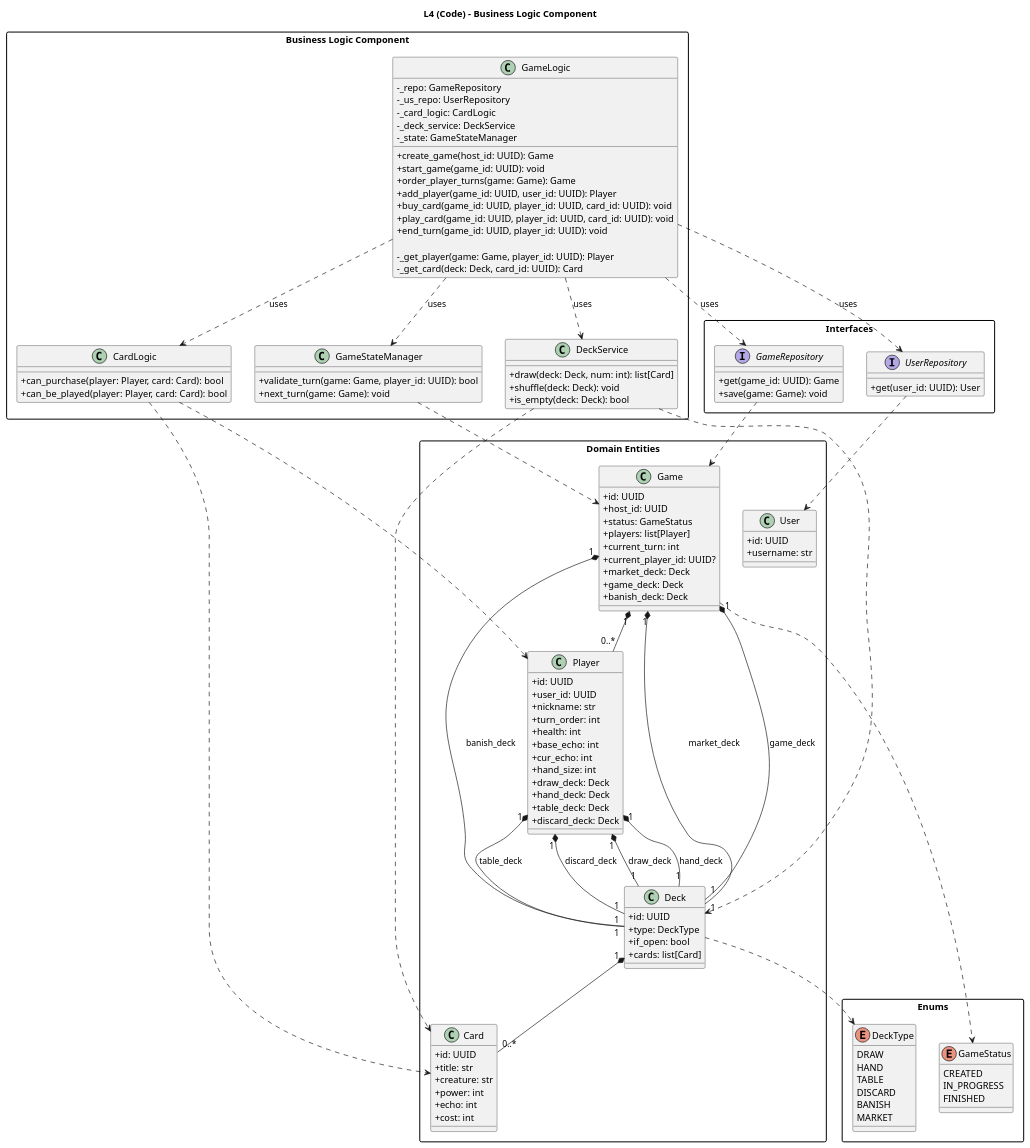
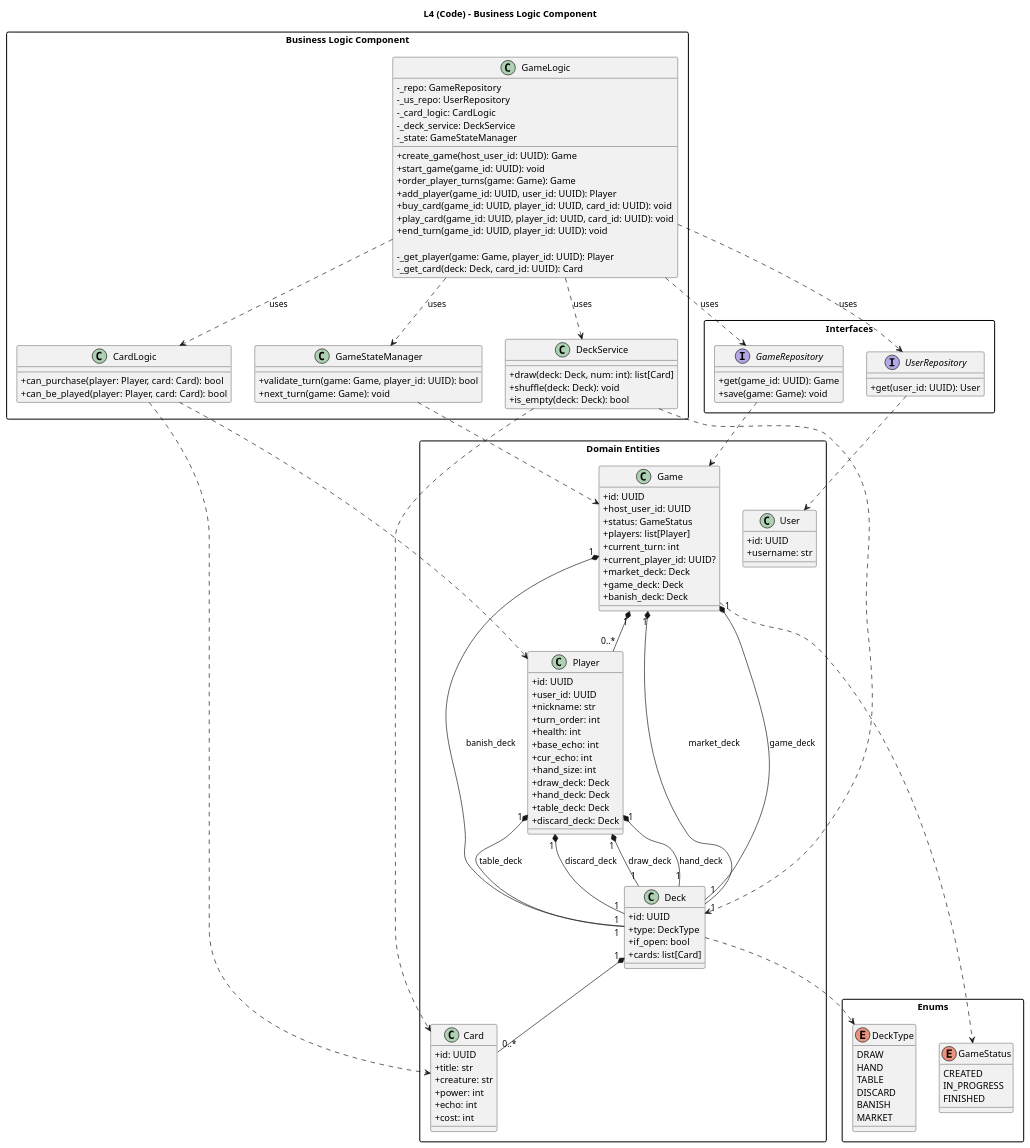
One commit to just-rudy/cool-magic-battles changed the diagram in docs/c4-l4-bl-part.puml. Above: the diagram before and after it, drawn with PlantUML. The commit also changed 11 other files, not shown here.

```diff
--- a/docs/c4-l4-bl-part.puml
+++ b/docs/c4-l4-bl-part.puml
@@ -1,158 +1,158 @@
 @startuml c4-l4-bl-part.puml
 title L4 (Code) - Business Logic Component
 
 skinparam classAttributeIconSize 0
 skinparam shadowing false
 skinparam packageStyle rectangle
 
 package "Business Logic Component" {
 
   class GameLogic {
     - _repo: GameRepository
     - _us_repo: UserRepository
     - _card_logic: CardLogic
     - _deck_service: DeckService
     - _state: GameStateManager
 
-    + create_game(host_id: UUID): Game
+    + create_game(host_user_id: UUID): Game
     + start_game(game_id: UUID): void
     + order_player_turns(game: Game): Game
     + add_player(game_id: UUID, user_id: UUID): Player
     + buy_card(game_id: UUID, player_id: UUID, card_id: UUID): void
     + play_card(game_id: UUID, player_id: UUID, card_id: UUID): void
     + end_turn(game_id: UUID, player_id: UUID): void
 
     - _get_player(game: Game, player_id: UUID): Player
     - _get_card(deck: Deck, card_id: UUID): Card
   }
 
   class CardLogic {
     + can_purchase(player: Player, card: Card): bool
     + can_be_played(player: Player, card: Card): bool
   }
 
   class DeckService {
     + draw(deck: Deck, num: int): list[Card]
     + shuffle(deck: Deck): void
     + is_empty(deck: Deck): bool
   }
 
   class GameStateManager {
     + validate_turn(game: Game, player_id: UUID): bool
     + next_turn(game: Game): void
   }
 }
 
 package "Interfaces" {
 
   interface GameRepository {
     + get(game_id: UUID): Game
     + save(game: Game): void
   }
 
   interface UserRepository {
     + get(user_id: UUID): User
   }
 }
 
 package "Domain Entities" {
 
   class Game {
     + id: UUID
-    + host_id: UUID
+    + host_user_id: UUID
     + status: GameStatus
     + players: list[Player]
     + current_turn: int
     + current_player_id: UUID?
     + market_deck: Deck
     + game_deck: Deck
     + banish_deck: Deck
   }
 
   class Player {
     + id: UUID
     + user_id: UUID
     + nickname: str
     + turn_order: int
     + health: int
     + base_echo: int
     + cur_echo: int
     + hand_size: int
     + draw_deck: Deck
     + hand_deck: Deck
     + table_deck: Deck
     + discard_deck: Deck
   }
 
   class Deck {
     + id: UUID
     + type: DeckType
     + if_open: bool
     + cards: list[Card]
   }
 
   class Card {
     + id: UUID
     + title: str
     + creature: str
     + power: int
     + echo: int
     + cost: int
   }
 
   class User {
     + id: UUID
     + username: str
   }
 }
 
 package "Enums" {
 
   enum GameStatus {
     CREATED
     IN_PROGRESS
     FINISHED
   }
 
   enum DeckType {
     DRAW
     HAND
     TABLE
     DISCARD
     BANISH
     MARKET
   }
 }
 
 GameLogic ..> GameRepository : uses
 GameLogic ..> UserRepository : uses
 GameLogic ..> CardLogic : uses
 GameLogic ..> DeckService : uses
 GameLogic ..> GameStateManager : uses
 
 GameRepository ..> Game
 UserRepository ..> User
 
 CardLogic ..> Player
 CardLogic ..> Card
 
 DeckService ..> Deck
 DeckService ..> Card
 
 GameStateManager ..> Game
 
 Game "1" *-- "0..*" Player
 Game "1" *-- "1" Deck : market_deck
 Game "1" *-- "1" Deck : game_deck
 Game "1" *-- "1" Deck : banish_deck
 
 Player "1" *-- "1" Deck : draw_deck
 Player "1" *-- "1" Deck : hand_deck
 Player "1" *-- "1" Deck : table_deck
 Player "1" *-- "1" Deck : discard_deck
 
 Deck "1" *-- "0..*" Card
 Game ..> GameStatus
 Deck ..> DeckType
 
 @enduml
```
